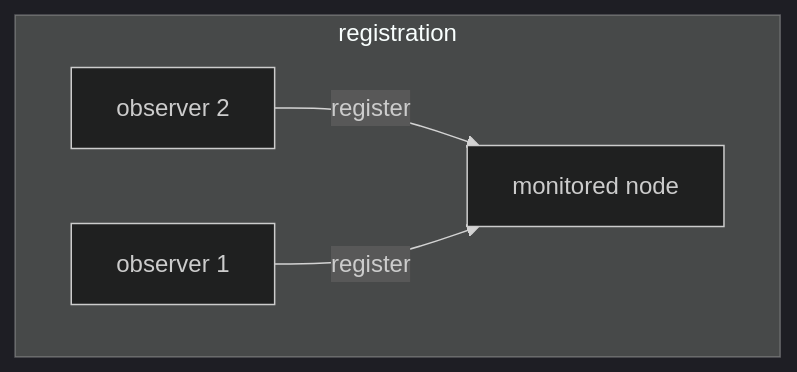
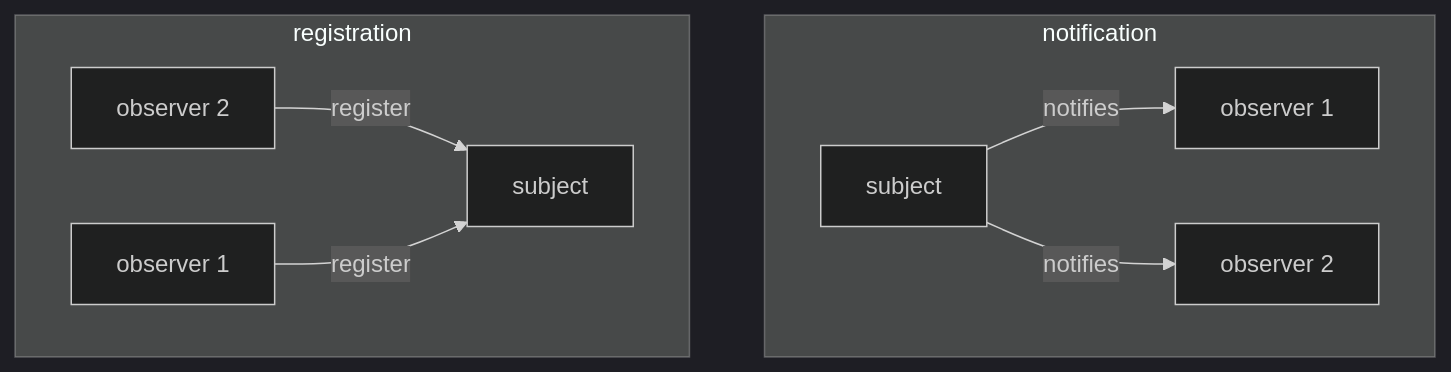
The second of 2 diagrams in pages/mobile_middleware/DISTRIBUTION_PATTERNS.md (carnivuth/mobile_systems), drawn with Mermaid (dark theme) before and after one commit. The commit also changed other lines of this file, not shown here.

Commit message:
fixed observer graph

````diff
--- a/pages/mobile_middleware/DISTRIBUTION_PATTERNS.md
+++ b/pages/mobile_middleware/DISTRIBUTION_PATTERNS.md
@@ -47,9 +47,15 @@
 ```mermaid
 flowchart TD
+subgraph notification
+D[subject]
+E[observer 1]
+F[observer 2]
+D --notifies--> E & F
+end
 subgraph registration
-A[monitored node]
+A[subject]
 B[observer 1]
 C[observer 2]
 C & B --register--> A
 end
 ```
````
